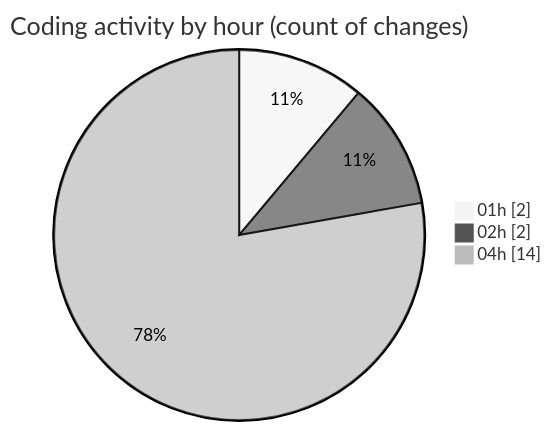
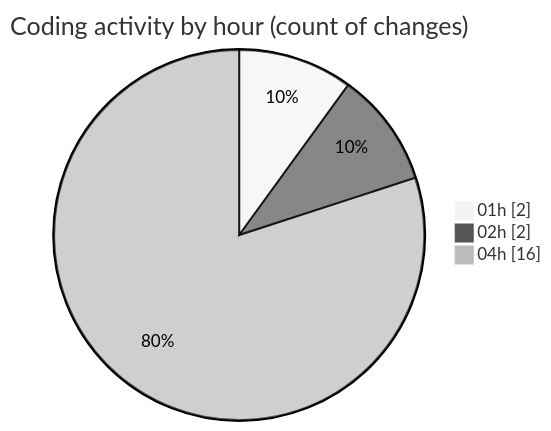
One commit to tmsrecording-cyber/code-tracking changed the second of 2 diagrams in 2026-02-05/singularitybrainai/README.md. Above: the diagram before and after it, drawn with Mermaid (neutral theme). The commit also changed other lines of this file and 1 other file, not shown here.

````diff
--- a/2026-02-05/singularitybrainai/README.md
+++ b/2026-02-05/singularitybrainai/README.md
@@ -30,7 +30,7 @@
 ```mermaid
 pie showData
 title Coding activity by hour (count of changes)
 "01h" : 2
 "02h" : 2
-"04h" : 14
+"04h" : 16
 ```
````
